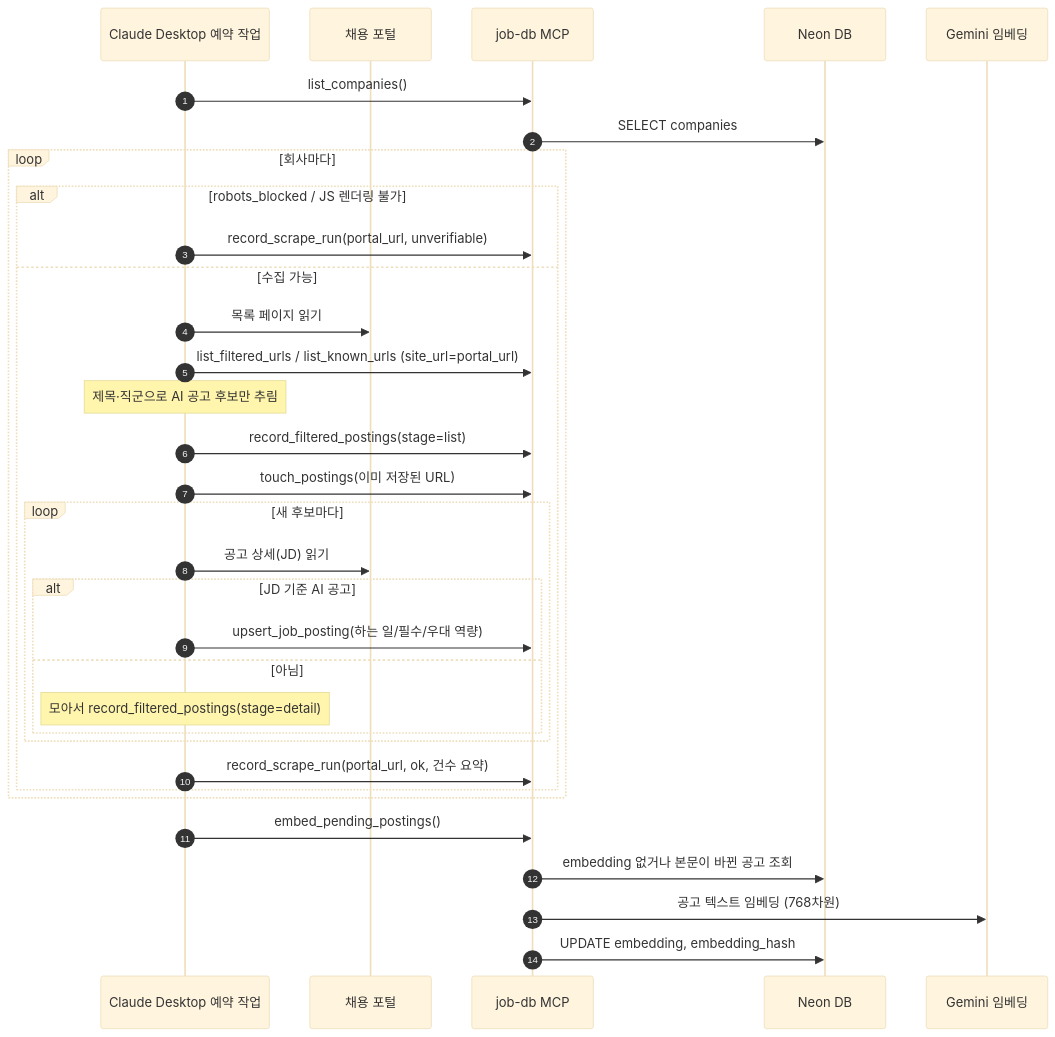
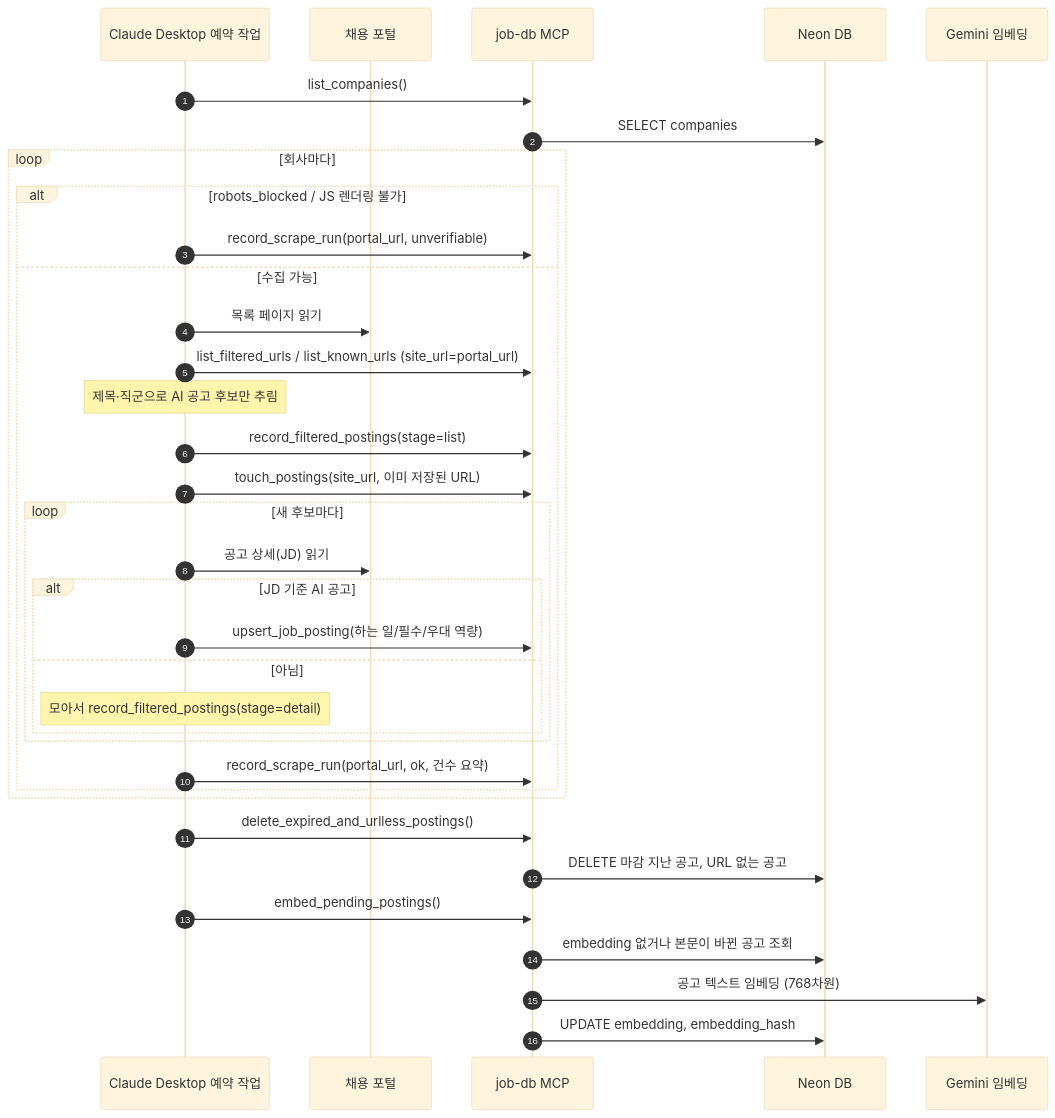
The second of 5 diagrams in README.md (hymn-fly/recruit-posting-agent), drawn with Mermaid (base theme) before and after one commit. The commit also changed other lines of this file and 9 other files, not shown here.

First line of the commit message:
수집 서버 이름 변경, touch_postings 사이트 기준화, 만료 공고 삭제 tool 추가

````diff
--- a/README.md
+++ b/README.md
@@ -130,36 +130,38 @@
 ```mermaid
 sequenceDiagram
     autonumber
     participant CD as Claude Desktop 예약 작업
     participant Web as 채용 포털
     participant JDB as job-db MCP
     participant DB as Neon DB
     participant GEM as Gemini 임베딩
 
     CD->>JDB: list_companies()
     JDB->>DB: SELECT companies
     loop 회사마다
         alt robots_blocked / JS 렌더링 불가
             CD->>JDB: record_scrape_run(portal_url, unverifiable)
         else 수집 가능
             CD->>Web: 목록 페이지 읽기
             CD->>JDB: list_filtered_urls / list_known_urls (site_url=portal_url)
             Note over CD: 제목·직군으로 AI 공고 후보만 추림
             CD->>JDB: record_filtered_postings(stage=list)
-            CD->>JDB: touch_postings(이미 저장된 URL)
+            CD->>JDB: touch_postings(site_url, 이미 저장된 URL)
             loop 새 후보마다
                 CD->>Web: 공고 상세(JD) 읽기
                 alt JD 기준 AI 공고
                     CD->>JDB: upsert_job_posting(하는 일/필수/우대 역량)
                 else 아님
                     Note over CD: 모아서 record_filtered_postings(stage=detail)
                 end
             end
             CD->>JDB: record_scrape_run(portal_url, ok, 건수 요약)
         end
     end
+    CD->>JDB: delete_expired_and_urlless_postings()
+    JDB->>DB: DELETE 마감 지난 공고, URL 없는 공고
     CD->>JDB: embed_pending_postings()
     JDB->>DB: embedding 없거나 본문이 바뀐 공고 조회
     JDB->>GEM: 공고 텍스트 임베딩 (768차원)
     JDB->>DB: UPDATE embedding, embedding_hash
 ```
````
